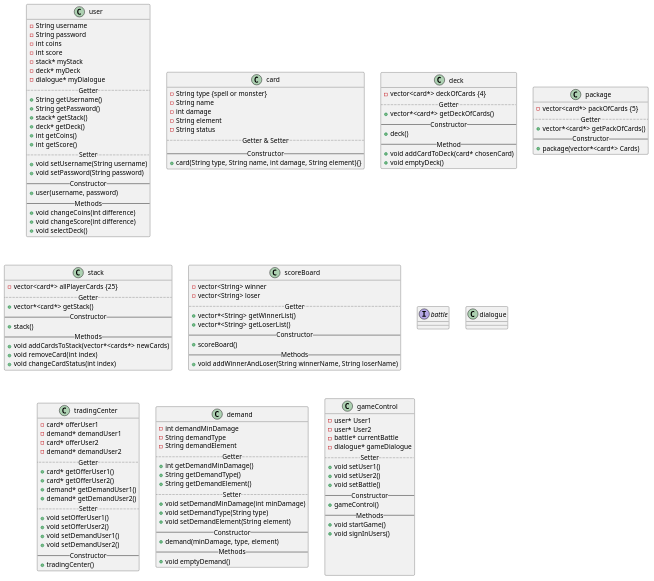
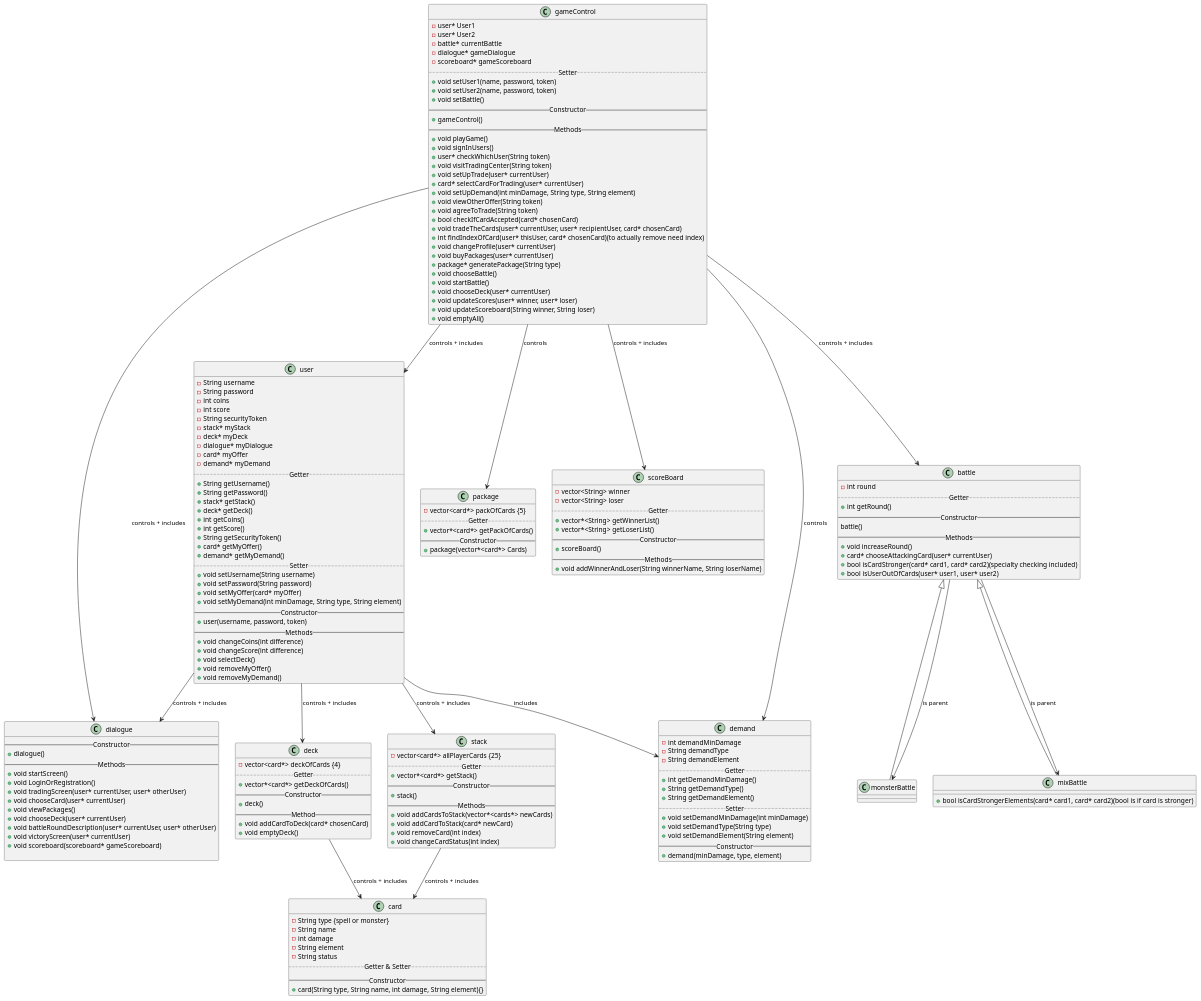
One commit to marlis-t/MonsterTradingCardGame changed the diagram in Monster-Trading-Card-Game/classdiagram.puml. Above: the diagram before and after it, drawn with PlantUML. The commit also changed 1 other file, not shown here.

Commit message:
first draft of uml

```diff
--- a/Monster-Trading-Card-Game/classdiagram.puml
+++ b/Monster-Trading-Card-Game/classdiagram.puml
@@ -4,9 +4,12 @@
     -String password
     -int coins
     -int score
+    -String securityToken
     -stack* myStack
     -deck* myDeck
     -dialogue* myDialogue
+    -card* myOffer
+    -demand* myDemand
     ..Getter..
     +String getUsername()
     +String getPassword()
@@ -14,15 +17,22 @@
     +deck* getDeck()
     +int getCoins()
     +int getScore()
+    +String getSecurityToken()
+    +card* getMyOffer()
+    +demand* getMyDemand()
     ..Setter..
     +void setUsername(String username)
     +void setPassword(String password)
+    +void setMyOffer(card* myOffer)
+    +void setMyDemand(int minDamage, String type, String element)
     --Constructor--
-    +user(username, password)
+    +user(username, password, token)
     --Methods--
     +void changeCoins(int difference)
     +void changeScore(int difference)
     +void selectDeck()
+    +void removeMyOffer()
+    +void removeMyDemand()
 }
 
 class card{
@@ -63,6 +73,7 @@
     +stack()
     --Methods--
     +void addCardsToStack(vector*<cards*> newCards)
+    +void addCardToStack(card* newCard)
     +void removeCard(int index)
     +void changeCardStatus(int index)
 }
@@ -79,30 +90,41 @@
     +void addWinnerAndLoser(String winnerName, String loserName)
 }
 
-interface battle{
+class battle{
+    -int round
+    ..Getter..
+    +int getRound()
+    --Constructor--
+    battle()
+    --Methods--
+    +void increaseRound()
+    +card* chooseAttackingCard(user* currentUser)
+    +bool isCardStronger(card* card1, card* card2)(specialty checking included)
+    +bool isUserOutOfCards(user* user1, user* user2)
+}
+
+class monsterBattle extends battle{
 
 }
 
-class dialogue{
+class mixBattle extends battle{
+    +bool isCardStrongerElements(card* card1, card* card2)(bool is if card is stronger)
 }
 
-class tradingCenter{
-    -card* offerUser1
-    -demand* demandUser1
-    -card* offerUser2
-    -demand* demandUser2
-    ..Getter..
-    +card* getOfferUser1()
-    +card* getOfferUser2()
-    +demand* getDemandUser1()
-    +demand* getDemandUser2()
-    ..Setter..
-    +void setOfferUser1()
-    +void setOfferUser2()
-    +void setDemandUser1()
-    +void setDemandUser2()
+class dialogue{
     --Constructor--
-    +tradingCenter()
+    +dialogue()
+    --Methods--
+    +void startScreen()
+    +void LoginOrRegistration()
+    +void tradingScreen(user* currentUser, user* otherUser)
+    +void chooseCard(user* currentUser)
+    +void viewPackages()
+    +void chooseDeck(user* currentUser)
+    +void battleRoundDescription(user* currentUser, user* otherUser)
+    +void victoryScreen(user* currentUser)
+    +void scoreboard(scoreboard* gameScoreboard)
+
 }
 
 class demand{
@@ -119,8 +141,6 @@
     +void setDemandElement(String element)
     --Constructor--
     +demand(minDamage, type, element)
-    --Methods--
-    +void emptyDemand()
 }
 
 class gameControl{
@@ -128,29 +148,56 @@
  -user* User2
  -battle* currentBattle
  -dialogue* gameDialogue
+ -scoreboard* gameScoreboard
  ..Setter..
- +void setUser1()
- +void setUser2()
+ +void setUser1(name, password, token)
+ +void setUser2(name, password, token)
  +void setBattle()
  --Constructor--
  +gameControl()
  --Methods--
- +void startGame()
+ +void playGame()
  +void signInUsers()
-
-
-
-
+ +user* checkWhichUser(String token)
+ +void visitTradingCenter(String token)
+  +void setUpTrade(user* currentUser)
+  +card* selectCardForTrading(user* currentUser)
+  +void setUpDemand(int minDamage, String type, String element)
+ +void viewOtherOffer(String token)
+  +void agreeToTrade(String token)
+   +bool checkIfCardAccepted(card* chosenCard)
+   +void tradeTheCards(user* currentUser, user* recipientUser, card* chosenCard)
+   +int findIndexOfCard(user* thisUser, card* chosenCard)(to actually remove need index)
+ +void changeProfile(user* currentUser)
+ +void buyPackages(user* currentUser)
+  +package* generatePackage(String type)
+ +void chooseBattle()
+ +void startBattle()
+  +void chooseDeck(user* currentUser)
+  +void updateScores(user* winner, user* loser)
+  +void updateScoreboard(String winner, String loser)
+ +void emptyAll()
 }
 
 
+gameControl --> user: controls + includes
+gameControl --> package: controls
+gameControl --> scoreBoard: controls + includes
+gameControl --> battle: controls + includes
+gameControl --> demand: controls
+gameControl --> dialogue: controls + includes
 
+user --> deck: controls + includes
+user --> stack: controls + includes
+user --> demand: includes
+user --> dialogue: controls + includes
 
+deck --> card: controls + includes
 
+stack --> card: controls + includes
 
-
-
-
+battle --> monsterBattle: is parent
+battle --> mixBattle: is parent
 
 
 
```
